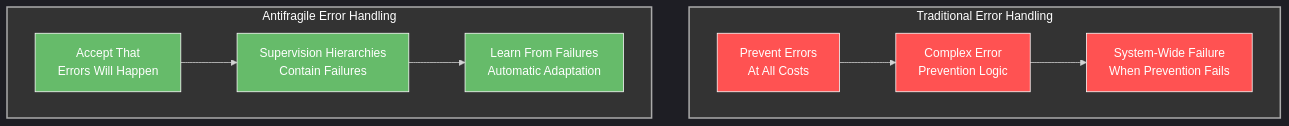
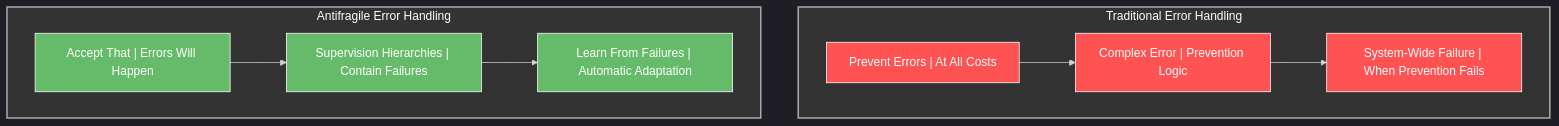
One commit to houstonhaynes/AD4SDocs changed the second of 12 diagrams in 06 Fidelity framework Beyond Resilience.md. Above: the diagram before and after it, drawn with Mermaid. The commit also changed other lines of this file and 4 other files, not shown here.

Commit message:
Fix mermaid diagrams

````diff
--- a/06 Fidelity framework Beyond Resilience.md
+++ b/06 Fidelity framework Beyond Resilience.md
@@ -69,27 +69,27 @@
 ```mermaid
 %%{init: {'theme': 'dark', 'themeVariables': { 'primaryColor': '#242424', 'primaryTextColor': '#fff', 'primaryBorderColor': '#888', 'lineColor': '#d3d3d3', 'secondaryColor': '#2b2b2b', 'tertiaryColor': '#333' }}}%%
 flowchart TD
     subgraph Traditional["Traditional Error Handling"]
-        TP["Prevent Errors\nAt All Costs"]
-        TC["Complex Error\nPrevention Logic"]
-        TF["System-Wide Failure\nWhen Prevention Fails"]
+        TP["Prevent Errors | At All Costs"]
+        TC["Complex Error | Prevention Logic"]
+        TF["System-Wide Failure | When Prevention Fails"]
     end
     
     subgraph Antifragile["Antifragile Error Handling"]
-        AP["Accept That\nErrors Will Happen"]
-        AS["Supervision Hierarchies\nContain Failures"]
-        AL["Learn From Failures\nAutomatic Adaptation"]
+        AP["Accept That | Errors Will Happen"]
+        AS["Supervision Hierarchies | Contain Failures"]
+        AL["Learn From Failures | Automatic Adaptation"]
     end
     
     TP --> TC --> TF
     AP --> AS --> AL
     
     style Traditional fill:#333,stroke:#aaa,stroke-width:2px,color:#fff
     style Antifragile fill:#333,stroke:#aaa,stroke-width:2px,color:#fff
     style TP fill:#FF5252,stroke:#fff,stroke-width:1px,color:#fff
     style TC fill:#FF5252,stroke:#fff,stroke-width:1px,color:#fff
     style TF fill:#FF5252,stroke:#fff,stroke-width:1px,color:#fff
     style AP fill:#66BB6A,stroke:#fff,stroke-width:1px,color:#fff
     style AS fill:#66BB6A,stroke:#fff,stroke-width:1px,color:#fff
     style AL fill:#66BB6A,stroke:#fff,stroke-width:1px,color:#fff
 ```
````
